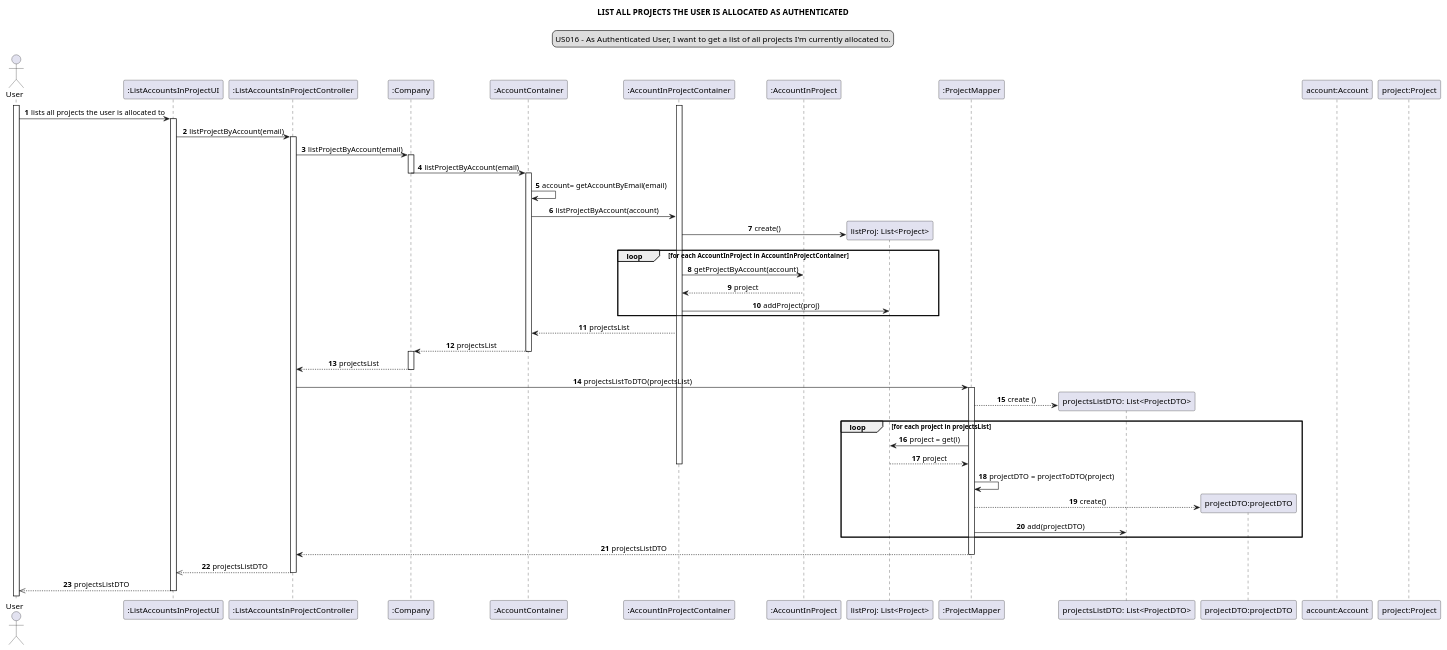
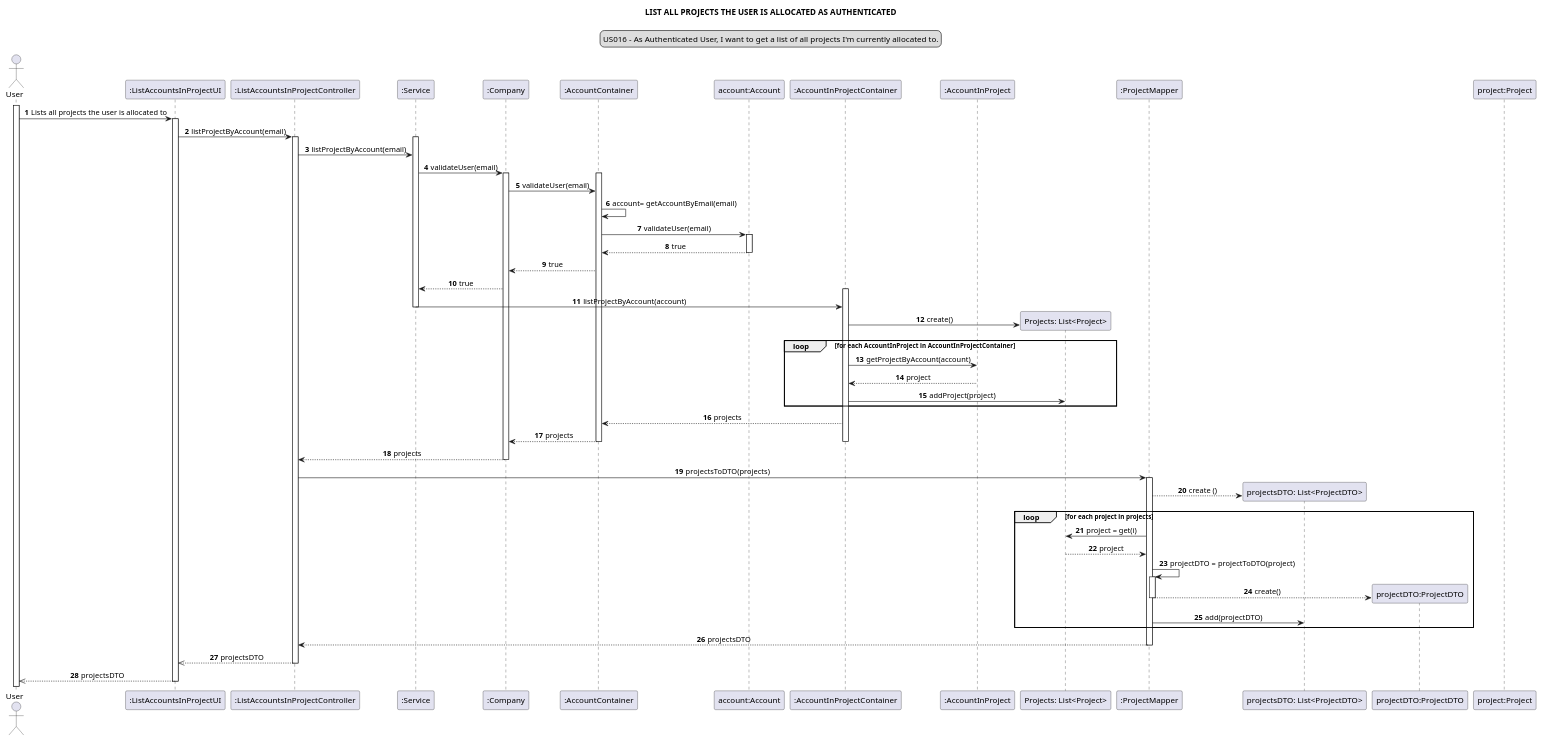
One commit to Loracline/project_switch_22-23 changed the diagram in docs/modelling_design/user_stories/us016/US016_sequenceDiagram.puml. Above: the diagram before and after it, drawn with PlantUML. The commit also changed 1 other file, not shown here.

Commit message:
US016:Design: Refined class and sequence diagrams

```diff
--- a/docs/modelling_design/user_stories/us016/US016_sequenceDiagram.puml
+++ b/docs/modelling_design/user_stories/us016/US016_sequenceDiagram.puml
@@ -1,67 +1,80 @@
 @startuml
 skinparam sequenceMessageAlign center
 title LIST ALL PROJECTS THE USER IS ALLOCATED AS AUTHENTICATED
 legend top
 US016 - As Authenticated User, I want to get a list of all projects I'm currently allocated to.
 end legend
 autonumber
 actor User
 participant ":ListAccountsInProjectUI" as ui
 participant ":ListAccountsInProjectController" as controller
+participant ":Service" as svc
 participant ":Company" as company
 participant ":AccountContainer" as container
+participant "account:Account" as acc
 participant ":AccountInProjectContainer" as aipc
 participant ":AccountInProject" as aip
-participant "listProj: List<Project>" as list
+participant "Projects: List<Project>" as list
 participant ":ProjectMapper" as mapper
-participant "projectsListDTO: List<ProjectDTO>" as listdto
-participant "projectDTO:projectDTO" as DTO
-participant "account:Account"
-participant "project:Project"
+participant "projectsDTO: List<ProjectDTO>" as listdto
+participant "projectDTO:ProjectDTO" as DTO
+participant "project:Project" as pp
 
 activate User
-User -> ui: lists all projects the user is allocated to
+User -> ui: Lists all projects the user is allocated to
 activate ui
 ui -> controller: listProjectByAccount(email)
 activate controller
-controller -> company: listProjectByAccount(email)
+activate svc
+controller -> svc: listProjectByAccount(email)
+svc -> company: validateUser(email)
 activate company
-company -> container: listProjectByAccount(email)
-deactivate company
 activate container
+company -> container: validateUser(email)
 container ->container: account= getAccountByEmail(email)
-container -> aipc: listProjectByAccount(account)
+container -> acc: validateUser(email)
+activate acc
+acc-->container : true
+deactivate acc
+container--> company: true
+company--> svc:true
+activate aipc
+svc -> aipc: listProjectByAccount(account)
+deactivate svc
 create list
 aipc -> list :create()
 loop for each AccountInProject in AccountInProjectContainer
 aipc -> aip : getProjectByAccount(account)
 aip --> aipc : project
-aipc -> list : addProject(proj)
+aipc -> list : addProject(project)
 end loop
-activate aipc
-aipc --> container : projectsList
-container--> company : projectsList
+aipc --> container : projects
+container--> company : projects
+deactivate aipc
 deactivate container
-activate company
-company --> controller : projectsList
+
+company --> controller : projects
 deactivate company
-controller -> mapper: projectsListToDTO(projectsList)
+controller -> mapper: projectsToDTO(projects)
+deactivate company
 activate mapper
 create listdto
 mapper --> listdto : create ()
-loop for each project in projectsList
+loop for each project in projects
 mapper -> list: project = get(i)
 list --> mapper: project
 deactivate aipc
 mapper -> mapper : projectDTO = projectToDTO(project)
+activate mapper
 create DTO
 mapper --> DTO : create()
-mapper ->listdto :add(projectDTO)
+deactivate mapper
+mapper -> listdto :add(projectDTO)
 end loop
-mapper --> controller :projectsListDTO
+mapper --> controller :projectsDTO
 deactivate mapper
-controller -->> ui: projectsListDTO
+controller -->> ui: projectsDTO
 deactivate controller
-ui -->> User: projectsListDTO
+ui -->> User: projectsDTO
 deactivate ui
 @enduml
```
